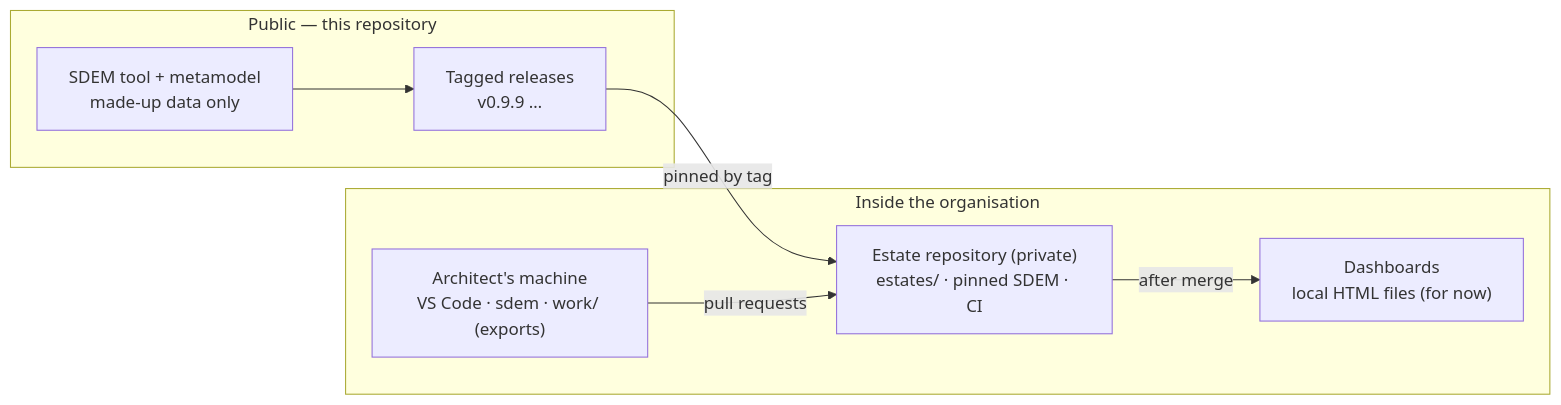
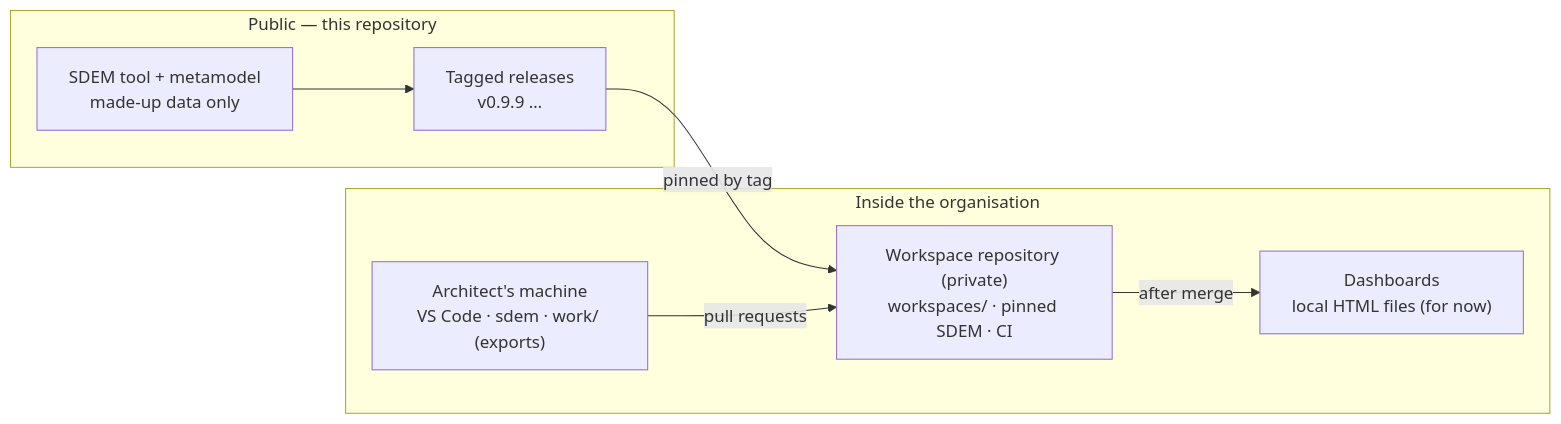
One commit to taumoeps/bian-sdem-framework changed the diagram in docs/sdem-operating-model.md. Above: the diagram before and after it, drawn with Mermaid. The commit also changed other lines of this file and 155 other files, not shown here.

````diff
--- a/docs/sdem-operating-model.md
+++ b/docs/sdem-operating-model.md
@@ -7,14 +7,14 @@
 ```mermaid
 flowchart LR
     subgraph PUB["Public — this repository"]
       T["SDEM tool + metamodel<br/>made-up data only"] --> REL["Tagged releases<br/>v0.9.9 …"]
     end
     subgraph ORG["Inside the organisation"]
-      ER["Estate repository (private)<br/>estates/ · pinned SDEM · CI"]
+      ER["Workspace repository (private)<br/>workspaces/ · pinned SDEM · CI"]
       WS["Architect's machine<br/>VS Code · sdem · work/ (exports)"]
       H["Dashboards<br/>local HTML files (for now)"]
     end
     REL -- "pinned by tag" --> ER
     WS -- "pull requests" --> ER
     ER -- "after merge" --> H
 ```
````
